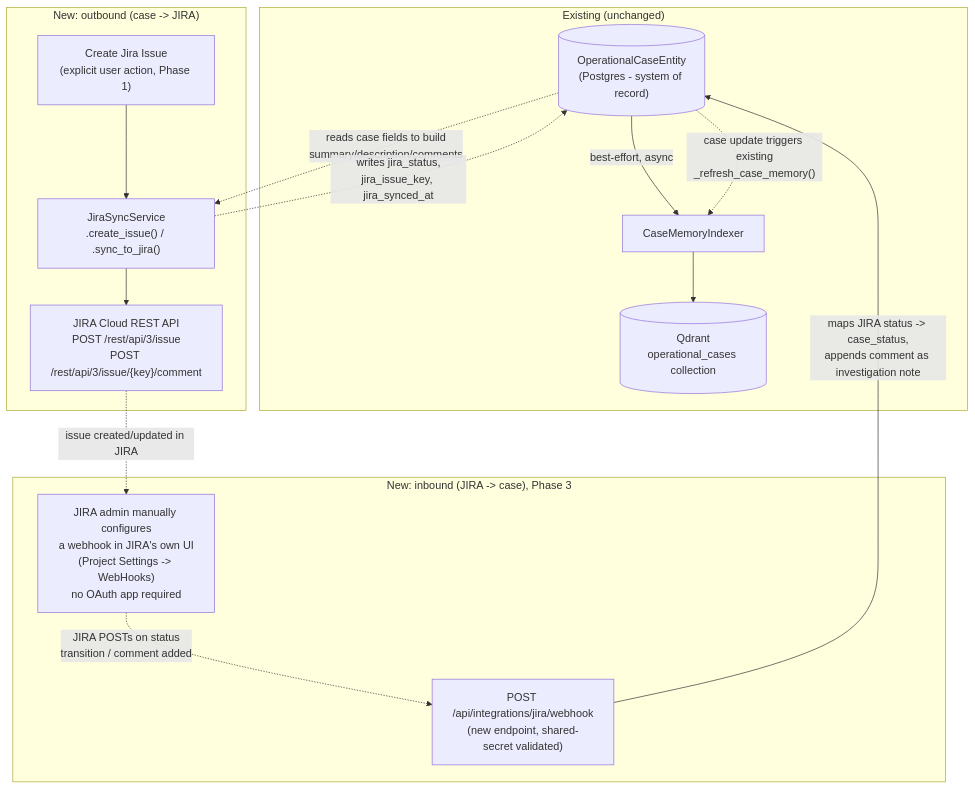
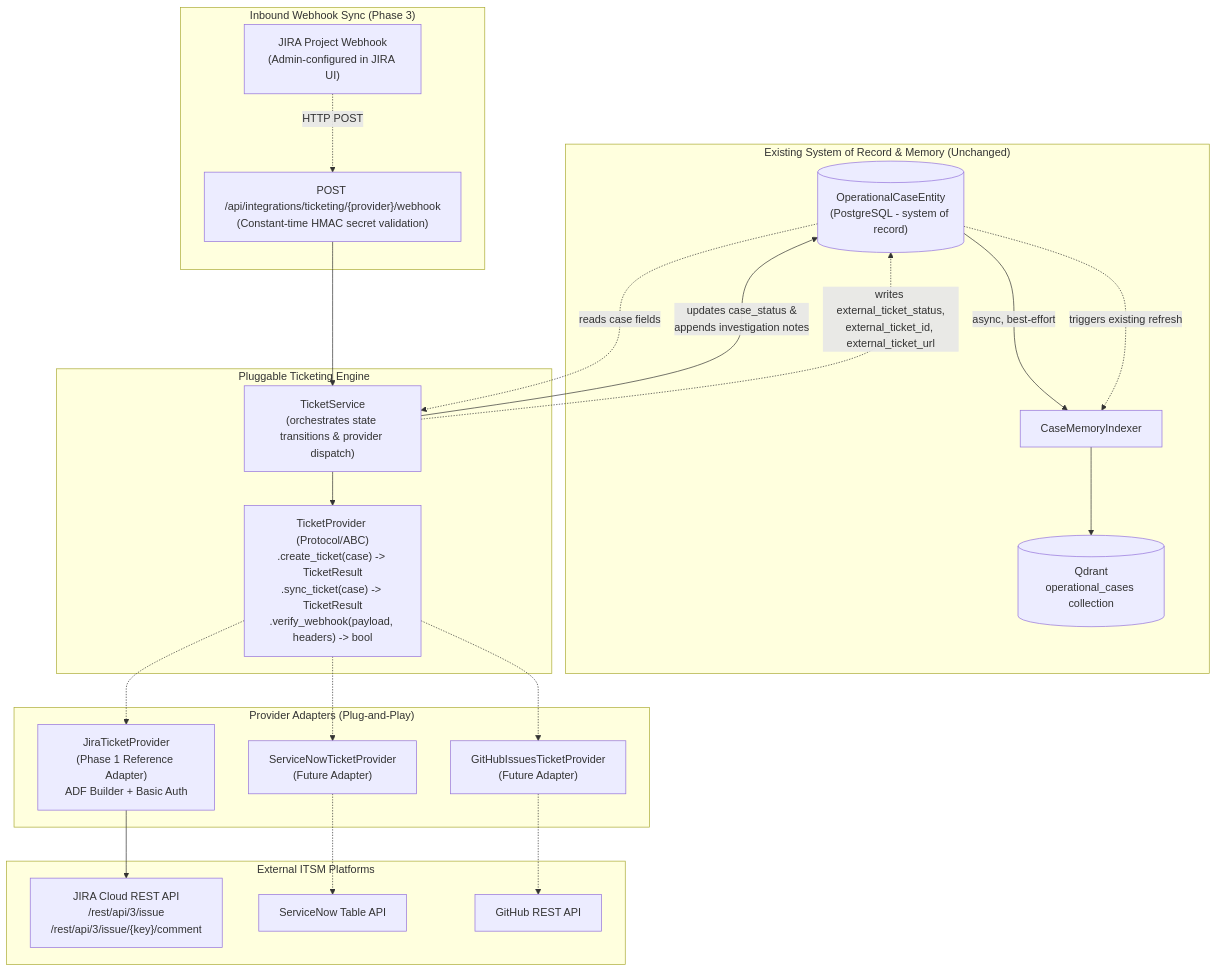
One commit to ramprasadgk9/ops-signals changed the diagram in docs/design/proposals/jira-integration-plan.md. Above: the diagram before and after it, drawn with Mermaid. The commit also changed other lines of this file, not shown here.

First line of the commit message:
docs: establish pluggable ticketing architecture plan with JIRA reference adapter

````diff
--- a/docs/design/proposals/jira-integration-plan.md
+++ b/docs/design/proposals/jira-integration-plan.md
@@ -50,28 +37,45 @@
 ```mermaid
 flowchart TB
-  subgraph Existing["Existing (unchanged)"]
-    Case[("OperationalCaseEntity\n(Postgres - system of record)")]
+  subgraph Existing["Existing System of Record & Memory (Unchanged)"]
+    Case[("OperationalCaseEntity\n(PostgreSQL - system of record)")]
     Indexer["CaseMemoryIndexer"]
     Qdrant[("Qdrant\noperational_cases collection")]
-    Case -- "best-effort, async" --> Indexer --> Qdrant
+    Case -- "async, best-effort" --> Indexer --> Qdrant
   end
 
-  subgraph New["New: outbound (case -> JIRA)"]
-    CreateBtn["Create Jira Issue\n(explicit user action, Phase 1)"]
-    JiraSync["JiraSyncService\n.create_issue() / .sync_to_jira()"]
-    JiraAPI["JIRA Cloud REST API\nPOST /rest/api/3/issue\nPOST /rest/api/3/issue/{key}/comment"]
-    CreateBtn --> JiraSync --> JiraAPI
-    Case -.->|"reads case fields to build\nsummary/description/comments"| JiraSync
-    JiraSync -.->|"writes jira_status,\njira_issue_key, jira_synced_at"| Case
+  subgraph ServiceLayer["Pluggable Ticketing Engine"]
+    TicketSvc["TicketService\n(orchestrates state transitions & provider dispatch)"]
+    ProviderInterface["TicketProvider (Protocol/ABC)\n.create_ticket(case) -> TicketResult\n.sync_ticket(case) -> TicketResult\n.verify_webhook(payload, headers) -> bool"]
+    TicketSvc --> ProviderInterface
   end
 
-  subgraph NewIn["New: inbound (JIRA -> case), Phase 3"]
-    JiraAdmin["JIRA admin manually configures\na webhook in JIRA's own UI\n(Project Settings -> WebHooks)\nno OAuth app required"]
-    Webhook["POST /api/integrations/jira/webhook\n(new endpoint, shared-secret validated)"]
-    JiraAdmin -.->|"JIRA POSTs on status\ntransition / comment added"| Webhook
-    Webhook -->|"maps JIRA status -> case_status,\nappends comment as investigation note"| Case
-    Case -.->|"case update triggers existing\n_refresh_case_memory()"| Indexer
+  subgraph Adapters["Provider Adapters (Plug-and-Play)"]
+    JiraAdapter["JiraTicketProvider\n(Phase 1 Reference Adapter)\nADF Builder + Basic Auth"]
+    SNowAdapter["ServiceNowTicketProvider\n(Future Adapter)"]
+    GHAdapter["GitHubIssuesTicketProvider\n(Future Adapter)"]
+    ProviderInterface -.-> JiraAdapter
+    ProviderInterface -.-> SNowAdapter
+    ProviderInterface -.-> GHAdapter
   end
 
-  JiraAPI -. "issue created/updated in JIRA" .-> JiraAdmin
+  subgraph ExternalPlatforms["External ITSM Platforms"]
+    JiraCloud["JIRA Cloud REST API\n/rest/api/3/issue\n/rest/api/3/issue/{key}/comment"]
+    ServiceNow["ServiceNow Table API"]
+    GitHub["GitHub REST API"]
+    JiraAdapter --> JiraCloud
+    SNowAdapter -.-> ServiceNow
+    GHAdapter -.-> GitHub
+  end
+
+  subgraph Inbound["Inbound Webhook Sync (Phase 3)"]
+    WebhookEndpoint["POST /api/integrations/ticketing/{provider}/webhook\n(Constant-time HMAC secret validation)"]
+    JiraAdmin["JIRA Project Webhook\n(Admin-configured in JIRA UI)"]
+    JiraAdmin -.->|"HTTP POST"| WebhookEndpoint
+    WebhookEndpoint --> TicketSvc
+    TicketSvc -->|"updates case_status &\nappends investigation notes"| Case
+    Case -.->|"triggers existing refresh"| Indexer
+  end
+
+  Case -.->|"reads case fields"| TicketSvc
+  TicketSvc -.->|"writes external_ticket_status,\nexternal_ticket_id, external_ticket_url"| Case
 ```
````
